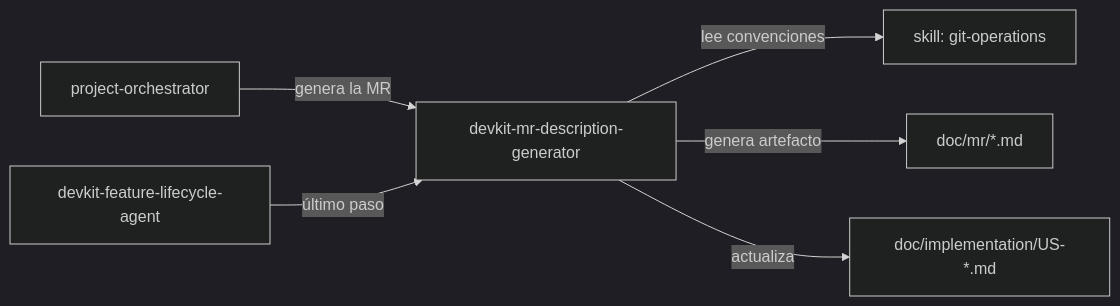
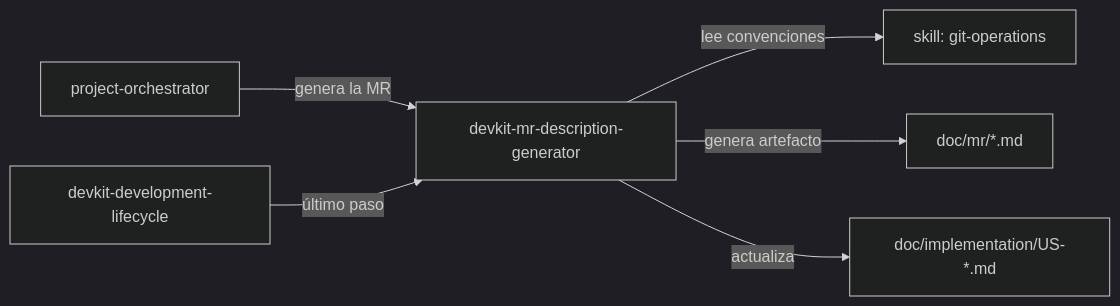
Before and after one commit to manelcc/copilot-devkit: the second of 2 diagrams in skills/global/devkit-mr-description-generator/references/overview.md, drawn with Mermaid (dark theme). The commit also changed 29 other files, not shown here.

````diff
--- a/skills/global/devkit-mr-description-generator/references/overview.md
+++ b/skills/global/devkit-mr-description-generator/references/overview.md
@@ -55,8 +55,8 @@
 ```mermaid
 flowchart LR
     ORC[project-orchestrator] -->|"genera la MR"| MRG[devkit-mr-description-generator]
-    FLA[devkit-feature-lifecycle-agent] -->|último paso| MRG
+    FLA[devkit-development-lifecycle] -->|último paso| MRG
     MRG -->|lee convenciones| GIT[skill: git-operations]
     MRG -->|genera artefacto| MRDOC[doc/mr/*.md]
     MRG -->|actualiza| USDOC[doc/implementation/US-*.md]
 ```
````
